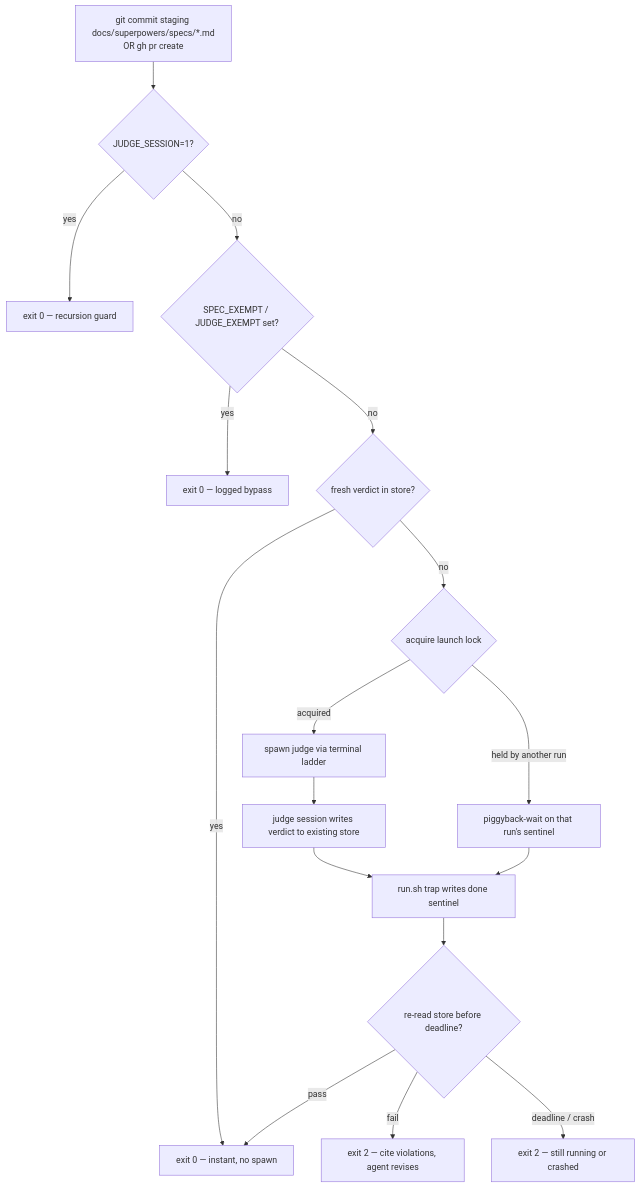
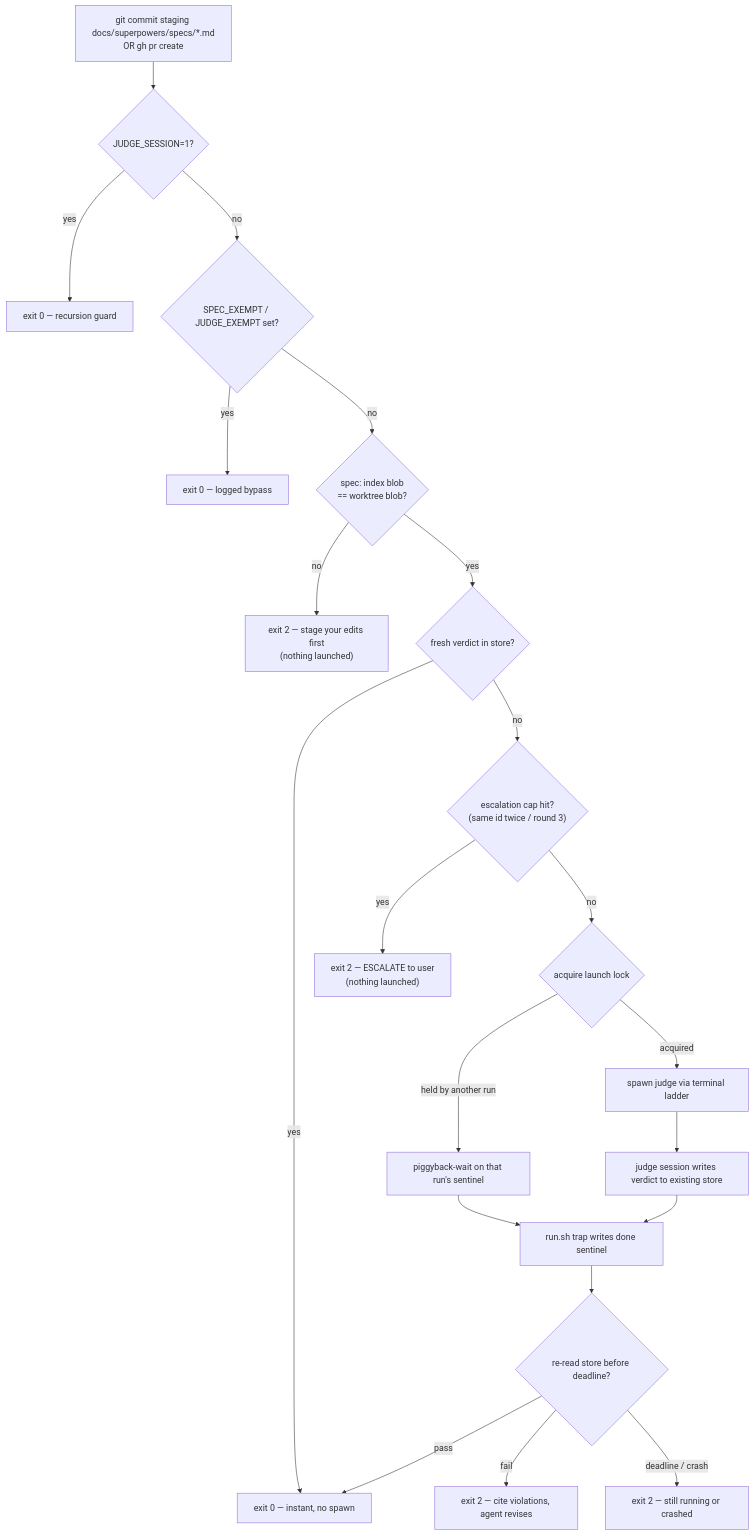
The first of 3 diagrams in docs/superpowers/specs/2026-07-20-judge-terminal-enforcement-design.md (suyatdev/.claude), drawn with Mermaid before and after one commit. The commit also changed other lines of this file, not shown here.

First line of the commit message:
docs(spec): round 2 revision — escalation cap, prompt contract, blob-sha fix

````diff
--- a/docs/superpowers/specs/2026-07-20-judge-terminal-enforcement-design.md
+++ b/docs/superpowers/specs/2026-07-20-judge-terminal-enforcement-design.md
@@ -49,19 +57,23 @@
 ```mermaid
 flowchart TD
     A["git commit staging docs/superpowers/specs/*.md<br/>OR gh pr create"] --> B{"JUDGE_SESSION=1?"}
     B -- yes --> Z["exit 0 — recursion guard"]
     B -- no --> C{"SPEC_EXEMPT / JUDGE_EXEMPT set?"}
     C -- yes --> Y["exit 0 — logged bypass"]
-    C -- no --> D{"fresh verdict in store?"}
+    C -- no --> P{"spec: index blob<br/>== worktree blob?"}
+    P -- no --> P2["exit 2 — stage your edits first<br/>(nothing launched)"]
+    P -- yes --> D{"fresh verdict in store?"}
     D -- yes --> Z2["exit 0 — instant, no spawn"]
-    D -- no --> E{"acquire launch lock"}
+    D -- no --> X{"escalation cap hit?<br/>(same id twice / round 3)"}
+    X -- yes --> X2["exit 2 — ESCALATE to user<br/>(nothing launched)"]
+    X -- no --> E{"acquire launch lock"}
     E -- "held by another run" --> F["piggyback-wait on that run's sentinel"]
     E -- acquired --> G["spawn judge via terminal ladder"]
     G --> H["judge session writes verdict to existing store"]
     H --> I["run.sh trap writes done sentinel"]
     F --> I
     I --> J{"re-read store before deadline?"}
     J -- pass --> Z2
     J -- fail --> K["exit 2 — cite violations, agent revises"]
     J -- "deadline / crash" --> L["exit 2 — still running or crashed"]
 ```
````
